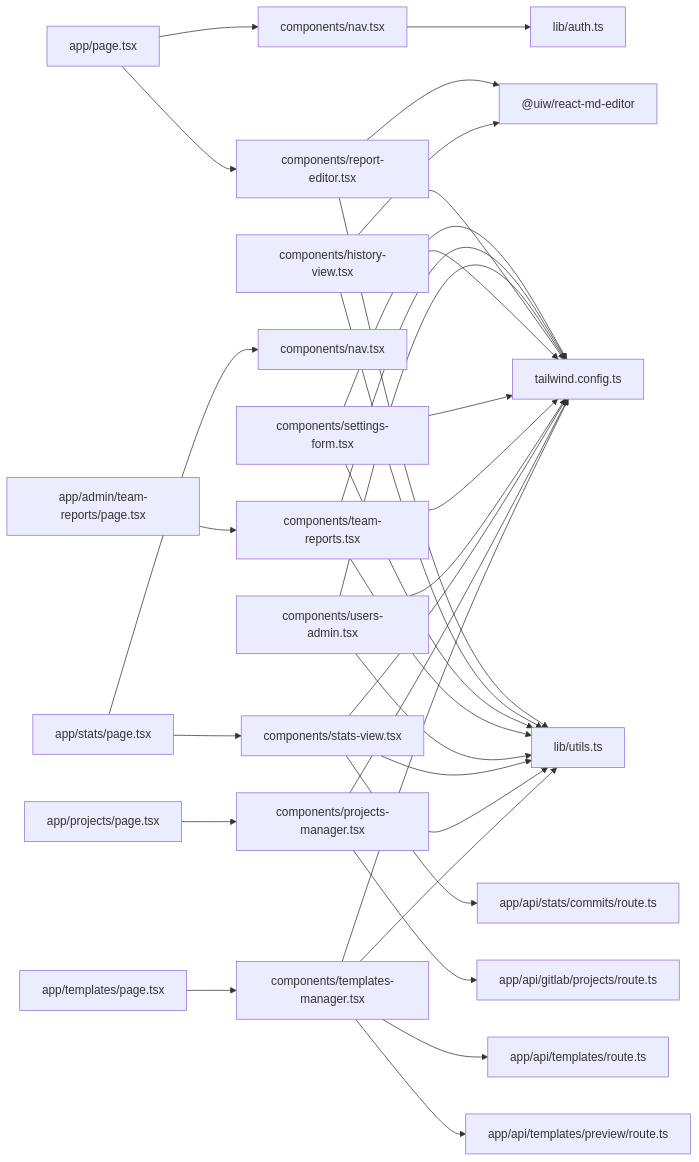
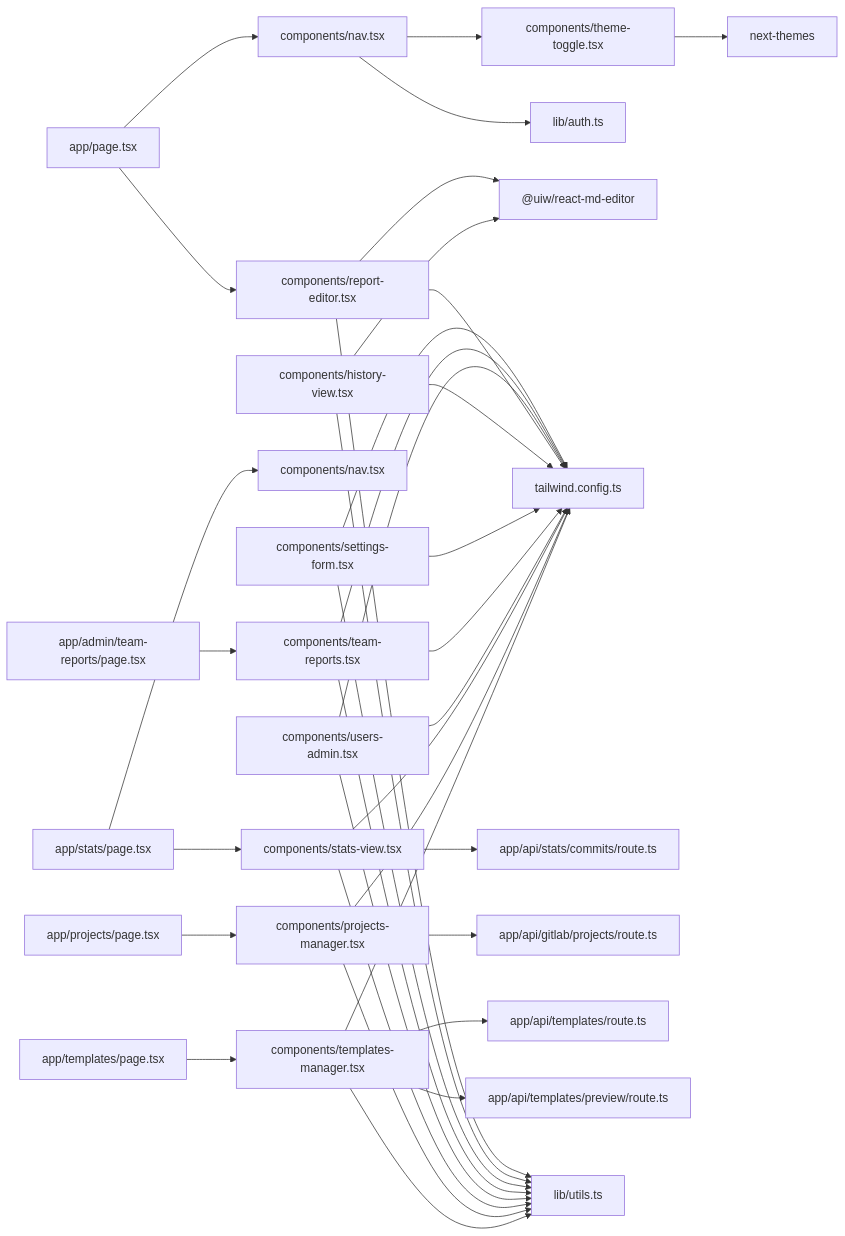
One commit to jrj444/git-daily changed diagram 13 of 13 in .qoder/repowiki/en/content/Frontend Components/Frontend Components.md. Above: the diagram before and after it, drawn with Mermaid. The commit also changed other lines of this file and 4 other files, not shown here.

````diff
--- a/.qoder/repowiki/en/content/Frontend Components/Frontend Components.md
+++ b/.qoder/repowiki/en/content/Frontend Components/Frontend Components.md
@@ -638,36 +770,38 @@
 ```mermaid
 graph LR
 Page["app/page.tsx"] --> Nav["components/nav.tsx"]
 Page --> RE["components/report-editor.tsx"]
 TRP["app/admin/team-reports/page.tsx"] --> TR["components/team-reports.tsx"]
 SP["app/stats/page.tsx"] --> N["components/nav.tsx"]
 SP --> SV["components/stats-view.tsx"]
 PP["app/projects/page.tsx"] --> PM["components/projects-manager.tsx"]
 TP["app/templates/page.tsx"] --> TM["components/templates-manager.tsx"]
+Nav --> TT["components/theme-toggle.tsx"]
 Nav --> Auth["lib/auth.ts"]
 RE --> MD["@uiw/react-md-editor"]
 HV["components/history-view.tsx"] --> MD
 SF["components/settings-form.tsx"] --> TW["tailwind.config.ts"]
 TR["components/team-reports.tsx"] --> TW
 UA["components/users-admin.tsx"] --> TW
 RE --> TW
 HV --> TW
 SF --> TW
 TR --> TW
 UA --> TW
 SV --> TW
 PM --> TW
 TM --> TW
 SV --> API1["app/api/stats/commits/route.ts"]
 PM --> API2["app/api/gitlab/projects/route.ts"]
 TM --> API3["app/api/templates/route.ts"]
 TM --> API4["app/api/templates/preview/route.ts"]
 RE --> UT["lib/utils.ts"]
 HV --> UT
 SF --> UT
 TR --> UT
 UA --> UT
 SV --> UT
 PM --> UT
 TM --> UT
+TT --> NT["next-themes"]
 ```
````
